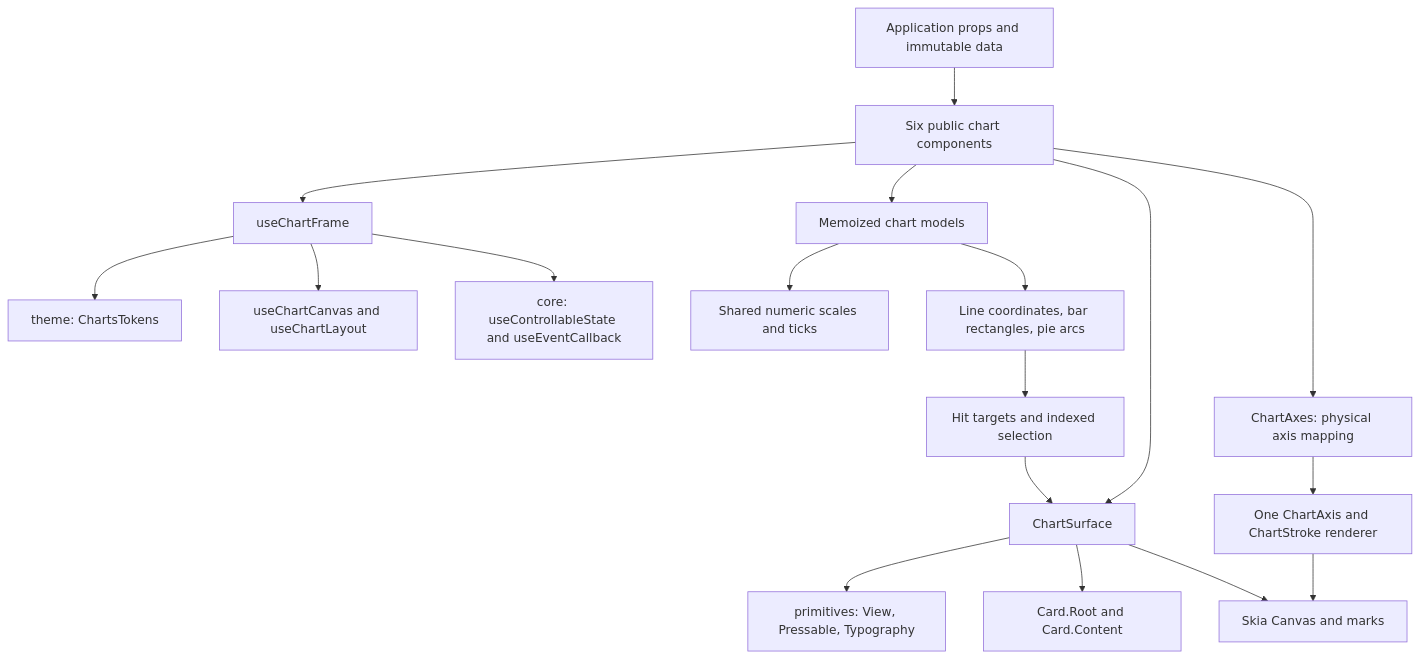
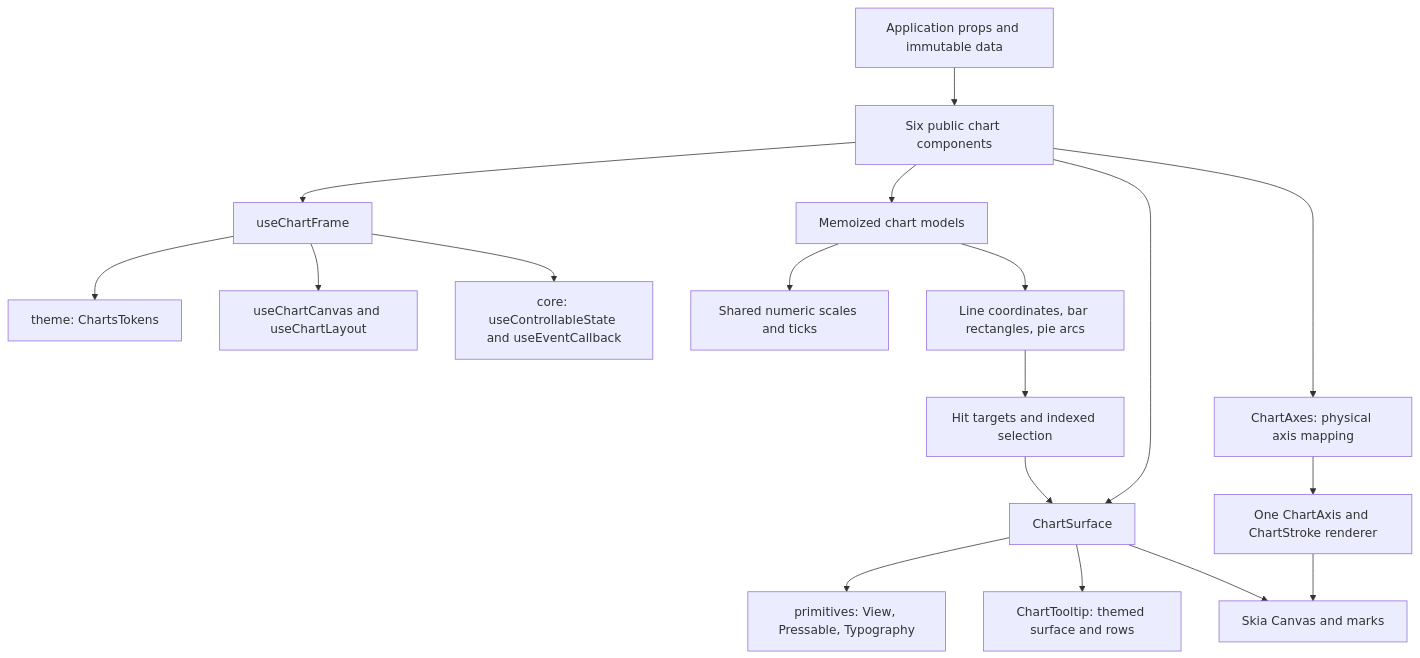
One commit to apolyanov/impulse-ui-native changed the diagram in docs/charts-architecture.md. Above: the diagram before and after it, drawn with Mermaid. The commit also changed other lines of this file and 11 other files, not shown here.

First line of the commit message:
refactor(charts): own tooltip styling and remove card dependency

````diff
--- a/docs/charts-architecture.md
+++ b/docs/charts-architecture.md
@@ -8,20 +8,20 @@
 ```mermaid
 flowchart TD
   App[Application props and immutable data] --> Charts[Six public chart components]
   Charts --> Frame[useChartFrame]
   Frame --> Theme[theme: ChartsTokens]
   Frame --> Canvas[useChartCanvas and useChartLayout]
   Frame --> State[core: useControllableState and useEventCallback]
   Charts --> Models[Memoized chart models]
   Models --> Scales[Shared numeric scales and ticks]
   Models --> Geometry[Line coordinates, bar rectangles, pie arcs]
   Charts --> Surface[ChartSurface]
   Geometry --> Targets[Hit targets and indexed selection]
   Targets --> Surface
   Surface --> Native[primitives: View, Pressable, Typography]
-  Surface --> Tooltip[Card.Root and Card.Content]
+  Surface --> Tooltip[ChartTooltip: themed surface and rows]
   Surface --> Skia[Skia Canvas and marks]
   Charts --> Axes[ChartAxes: physical axis mapping]
   Axes --> Axis[One ChartAxis and ChartStroke renderer]
   Axis --> Skia
 ```
````
